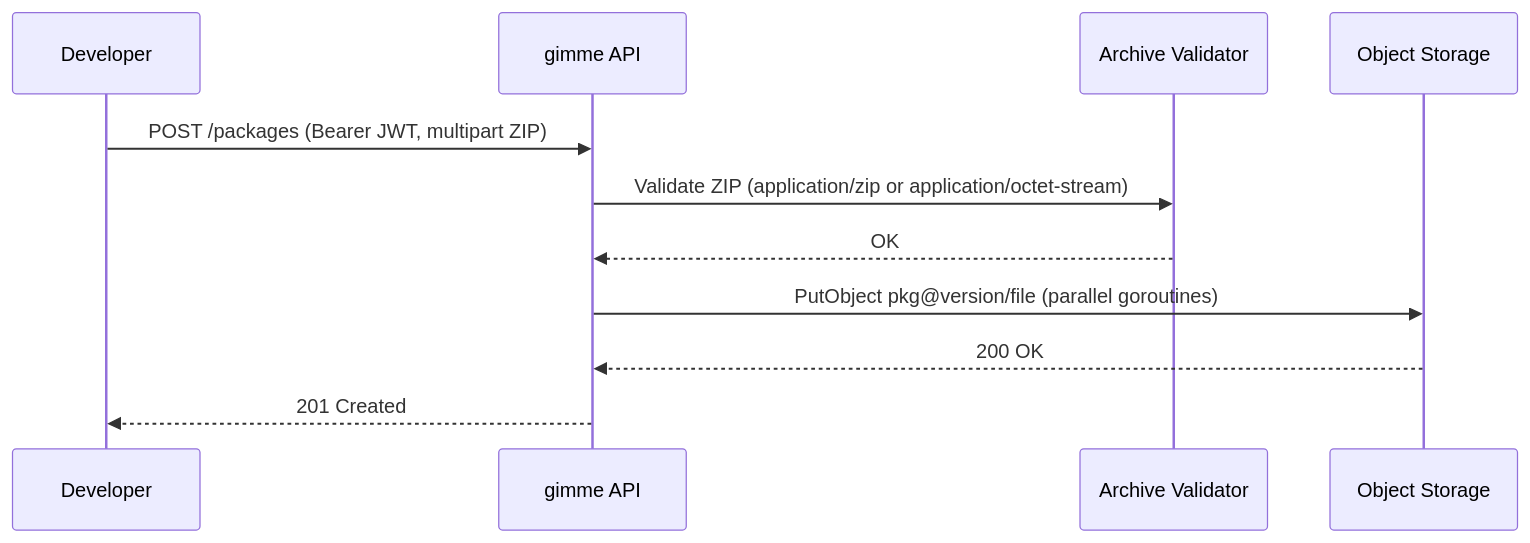
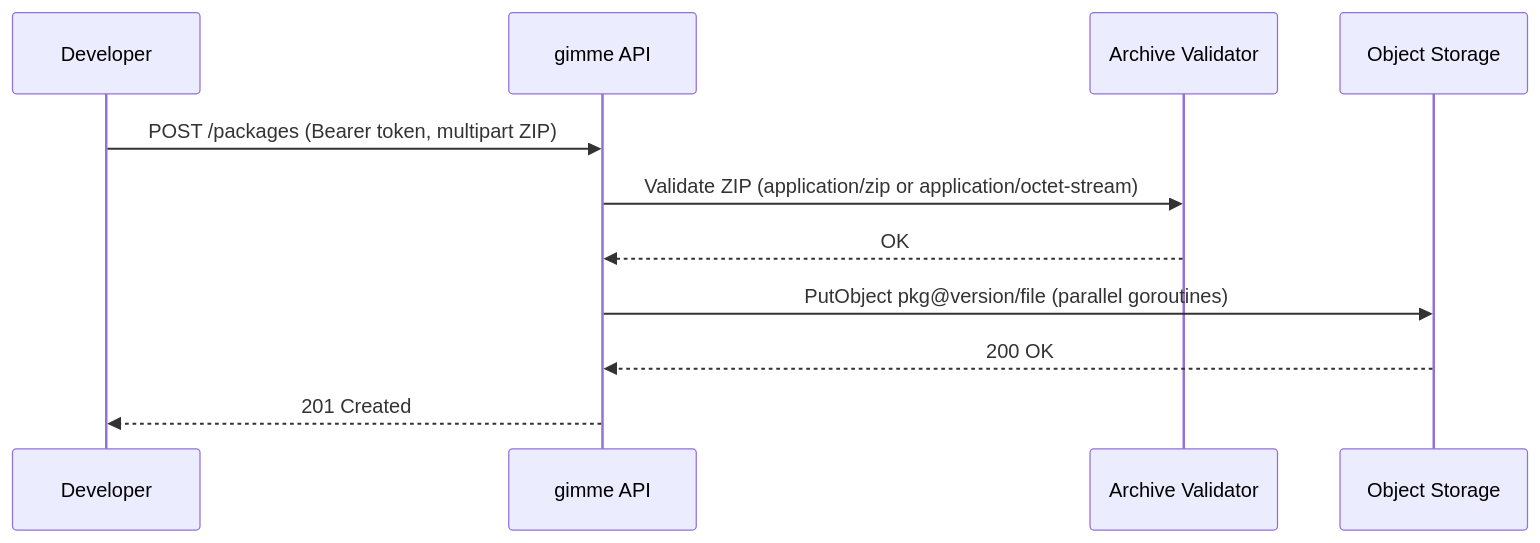
One commit to ziggornif/gimme changed the second of 3 diagrams in README.md. Above: the diagram before and after it, drawn with Mermaid. The commit also changed other lines of this file and 3 other files, not shown here.

````diff
--- a/README.md
+++ b/README.md
@@ -56,14 +56,14 @@
 ```mermaid
 sequenceDiagram
     participant Dev as Developer
     participant API as gimme API
     participant Val as Archive Validator
     participant S3 as Object Storage
 
-    Dev->>API: POST /packages (Bearer JWT, multipart ZIP)
+    Dev->>API: POST /packages (Bearer token, multipart ZIP)
     API->>Val: Validate ZIP (application/zip or application/octet-stream)
     Val-->>API: OK
     API->>S3: PutObject pkg@version/file (parallel goroutines)
     S3-->>API: 200 OK
     API-->>Dev: 201 Created
 ```
````
